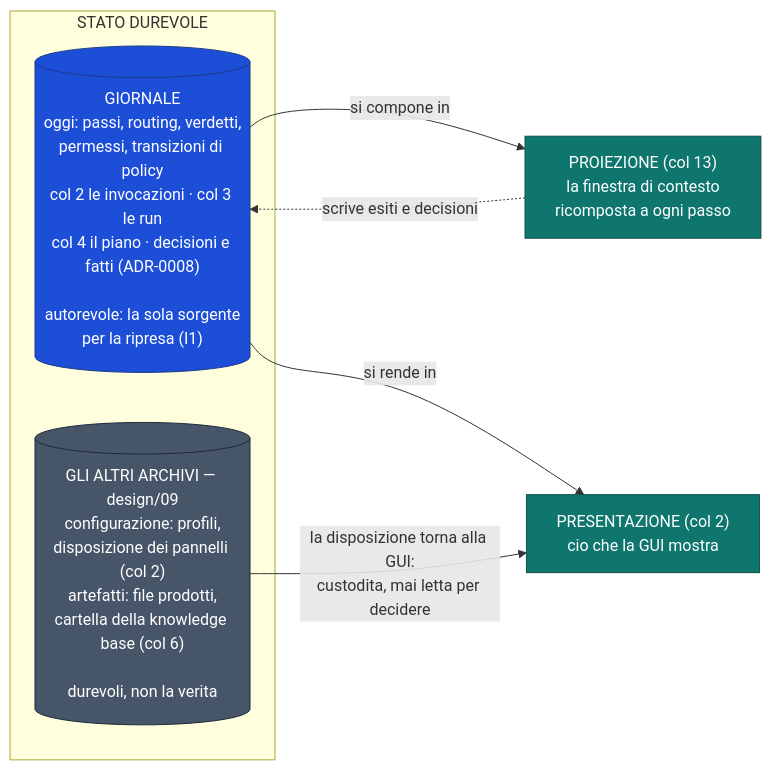
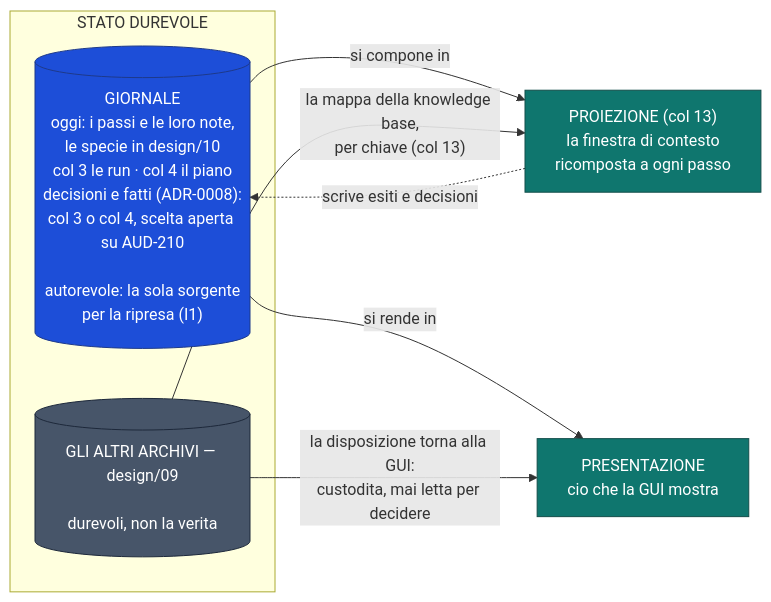
The first of 3 diagrams in docs/design/03-run-durevoli.md (devfrx/daemon), drawn with Mermaid before and after one commit. The commit also changed other lines of this file and 3 other files, not shown here.

First line of the commit message:
audit(2026-09-30): La regola 2 del README e i diagrammi 01-03

````diff
--- a/docs/design/03-run-durevoli.md
+++ b/docs/design/03-run-durevoli.md
@@ -20,21 +25,22 @@
 ```mermaid
 flowchart LR
     subgraph DUR["STATO DUREVOLE"]
-        J[("GIORNALE<br/>oggi: passi, routing, verdetti,<br/>permessi, transizioni di policy<br/>col 2 le invocazioni · col 3 le run<br/>col 4 il piano · decisioni e fatti (ADR-0008)<br/><br/>autorevole: la sola sorgente<br/>per la ripresa (I1)")]
-        O[("GLI ALTRI ARCHIVI — design/09<br/>configurazione: profili,<br/>disposizione dei pannelli (col 2)<br/>artefatti: file prodotti,<br/>cartella della knowledge base (col 6)<br/><br/>durevoli, non la verita")]
+        J[("GIORNALE<br/>oggi: i passi e le loro note,<br/>le specie in design/10<br/>col 3 le run · col 4 il piano<br/>decisioni e fatti (ADR-0008):<br/>col 3 o col 4, scelta aperta su AUD-210<br/><br/>autorevole: la sola sorgente<br/>per la ripresa (I1)")]
+        O[("GLI ALTRI ARCHIVI — design/09<br/><br/>durevoli, non la verita")]
     end
     P["PROIEZIONE (col 13)<br/>la finestra di contesto<br/>ricomposta a ogni passo"]
-    G["PRESENTAZIONE (col 2)<br/>cio che la GUI mostra"]
+    G["PRESENTAZIONE<br/>cio che la GUI mostra"]
 
     J -->|"si compone in"| P
+    O -->|"la mappa della knowledge base,<br/>per chiave (col 13)"| P
     J -->|"si rende in"| G
     O -->|"la disposizione torna alla GUI:<br/>custodita, mai letta per decidere"| G
     P -.->|"scrive esiti e decisioni"| J
 
     classDef ver fill:#1d4ed8,stroke:#1e3a8a,color:#fff
     classDef der fill:#0f766e,stroke:#134e4a,color:#fff
     classDef plain fill:#475569,stroke:#1e293b,color:#fff
     class J ver
     class P,G der
     class O plain
 ```
````
